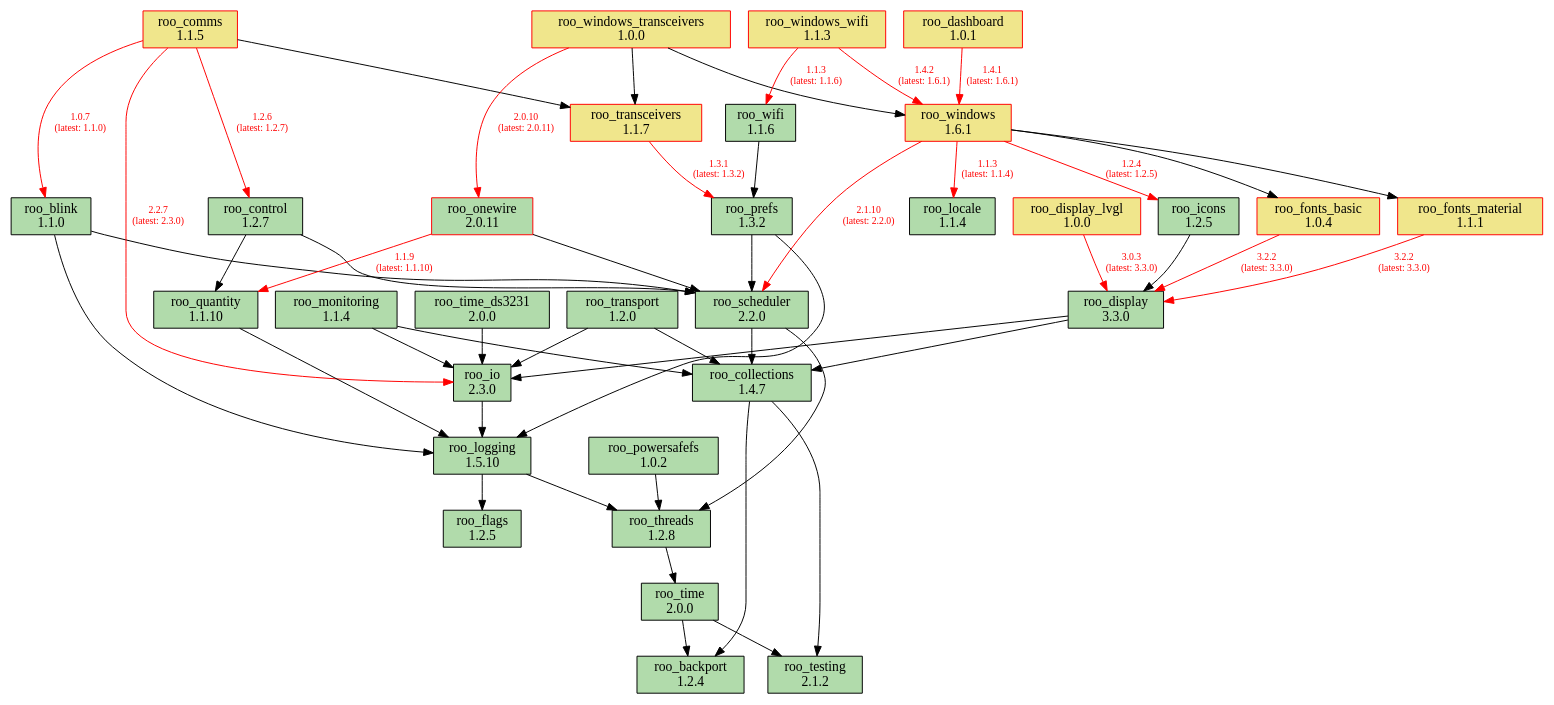
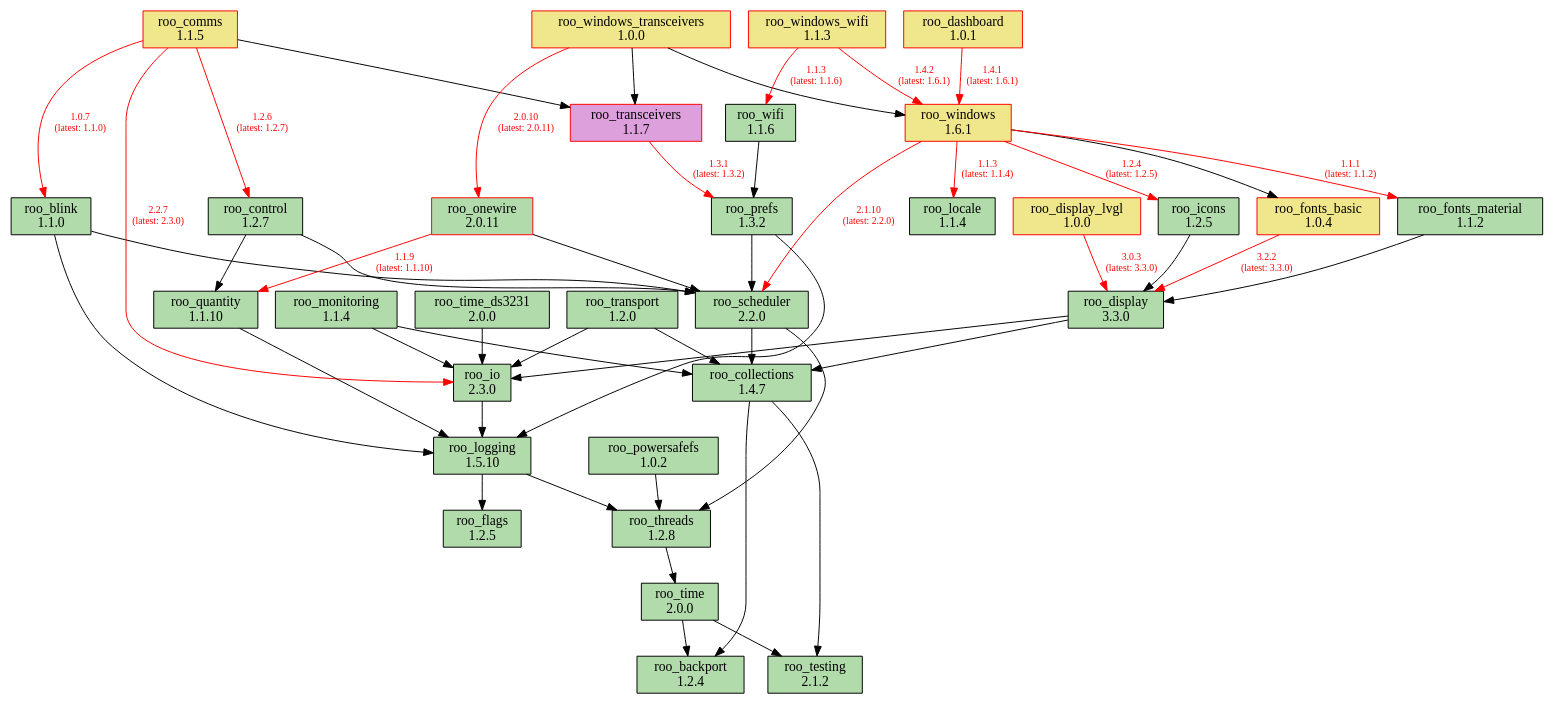
Before and after one commit to dejwk/roo-registry: the diagram in doc/dependencies.dot, drawn with Graphviz. The commit also changed 3 other files, not shown here.

Commit message:
Added roo_fonts_material 1.1.2 to the registry.

```diff
--- a/doc/dependencies.dot
+++ b/doc/dependencies.dot
@@ -1,88 +1,88 @@
 digraph dependencies {
     rankdir=TB;
     node [shape=box, style=filled];
     edge [fontsize=10];
 
     // Modules
     "roo_backport" [label="roo_backport\n1.2.4", fillcolor="#b1dbab", color="black"];
     "roo_blink" [label="roo_blink\n1.1.0", fillcolor="#b1dbab", color="black"];
     "roo_collections" [label="roo_collections\n1.4.7", fillcolor="#b1dbab", color="black"];
     "roo_comms" [label="roo_comms\n1.1.5", fillcolor="khaki", color="red"];
     "roo_control" [label="roo_control\n1.2.7", fillcolor="#b1dbab", color="black"];
     "roo_dashboard" [label="roo_dashboard\n1.0.1", fillcolor="khaki", color="red"];
     "roo_display" [label="roo_display\n3.3.0", fillcolor="#b1dbab", color="black"];
     "roo_display_lvgl" [label="roo_display_lvgl\n1.0.0", fillcolor="khaki", color="red"];
     "roo_flags" [label="roo_flags\n1.2.5", fillcolor="#b1dbab", color="black"];
     "roo_fonts_basic" [label="roo_fonts_basic\n1.0.4", fillcolor="khaki", color="red"];
-    "roo_fonts_material" [label="roo_fonts_material\n1.1.1", fillcolor="khaki", color="red"];
+    "roo_fonts_material" [label="roo_fonts_material\n1.1.2", fillcolor="#b1dbab", color="black"];
     "roo_icons" [label="roo_icons\n1.2.5", fillcolor="#b1dbab", color="black"];
     "roo_io" [label="roo_io\n2.3.0", fillcolor="#b1dbab", color="black"];
     "roo_locale" [label="roo_locale\n1.1.4", fillcolor="#b1dbab", color="black"];
     "roo_logging" [label="roo_logging\n1.5.10", fillcolor="#b1dbab", color="black"];
     "roo_monitoring" [label="roo_monitoring\n1.1.4", fillcolor="#b1dbab", color="black"];
     "roo_onewire" [label="roo_onewire\n2.0.11", fillcolor="#b1dbab", color="red"];
     "roo_powersafefs" [label="roo_powersafefs\n1.0.2", fillcolor="#b1dbab", color="black"];
     "roo_prefs" [label="roo_prefs\n1.3.2", fillcolor="#b1dbab", color="black"];
     "roo_quantity" [label="roo_quantity\n1.1.10", fillcolor="#b1dbab", color="black"];
     "roo_scheduler" [label="roo_scheduler\n2.2.0", fillcolor="#b1dbab", color="black"];
     "roo_testing" [label="roo_testing\n2.1.2", fillcolor="#b1dbab", color="black"];
     "roo_threads" [label="roo_threads\n1.2.8", fillcolor="#b1dbab", color="black"];
     "roo_time" [label="roo_time\n2.0.0", fillcolor="#b1dbab", color="black"];
     "roo_time_ds3231" [label="roo_time_ds3231\n2.0.0", fillcolor="#b1dbab", color="black"];
-    "roo_transceivers" [label="roo_transceivers\n1.1.7", fillcolor="khaki", color="red"];
+    "roo_transceivers" [label="roo_transceivers\n1.1.7", fillcolor="plum", color="red"];
     "roo_transport" [label="roo_transport\n1.2.0", fillcolor="#b1dbab", color="black"];
     "roo_wifi" [label="roo_wifi\n1.1.6", fillcolor="#b1dbab", color="black"];
     "roo_windows" [label="roo_windows\n1.6.1", fillcolor="khaki", color="red"];
     "roo_windows_transceivers" [label="roo_windows_transceivers\n1.0.0", fillcolor="khaki", color="red"];
     "roo_windows_wifi" [label="roo_windows_wifi\n1.1.3", fillcolor="khaki", color="red"];
 
     // Dependencies
     "roo_blink" -> "roo_logging";
     "roo_blink" -> "roo_scheduler";
     "roo_collections" -> "roo_testing";
     "roo_collections" -> "roo_backport";
     "roo_comms" -> "roo_blink" [color=red, fontcolor=red, label="1.0.7\n(latest: 1.1.0)"];
     "roo_comms" -> "roo_control" [color=red, fontcolor=red, label="1.2.6\n(latest: 1.2.7)"];
     "roo_comms" -> "roo_io" [color=red, fontcolor=red, label="2.2.7\n(latest: 2.3.0)"];
     "roo_comms" -> "roo_transceivers";
     "roo_control" -> "roo_quantity";
     "roo_control" -> "roo_scheduler";
     "roo_dashboard" -> "roo_windows" [color=red, fontcolor=red, label="1.4.1\n(latest: 1.6.1)"];
     "roo_display" -> "roo_collections";
     "roo_display" -> "roo_io";
     "roo_display_lvgl" -> "roo_display" [color=red, fontcolor=red, label="3.0.3\n(latest: 3.3.0)"];
     "roo_fonts_basic" -> "roo_display" [color=red, fontcolor=red, label="3.2.2\n(latest: 3.3.0)"];
-    "roo_fonts_material" -> "roo_display" [color=red, fontcolor=red, label="3.2.2\n(latest: 3.3.0)"];
+    "roo_fonts_material" -> "roo_display";
     "roo_icons" -> "roo_display";
     "roo_io" -> "roo_logging";
     "roo_logging" -> "roo_flags";
     "roo_logging" -> "roo_threads";
     "roo_monitoring" -> "roo_collections";
     "roo_monitoring" -> "roo_io";
     "roo_onewire" -> "roo_scheduler";
     "roo_onewire" -> "roo_quantity" [color=red, fontcolor=red, label="1.1.9\n(latest: 1.1.10)"];
     "roo_powersafefs" -> "roo_threads";
     "roo_prefs" -> "roo_logging";
     "roo_prefs" -> "roo_scheduler";
     "roo_quantity" -> "roo_logging";
     "roo_scheduler" -> "roo_collections";
     "roo_scheduler" -> "roo_threads";
     "roo_threads" -> "roo_time";
     "roo_time" -> "roo_testing";
     "roo_time" -> "roo_backport";
     "roo_time_ds3231" -> "roo_io";
     "roo_transceivers" -> "roo_prefs" [color=red, fontcolor=red, label="1.3.1\n(latest: 1.3.2)"];
     "roo_transport" -> "roo_collections";
     "roo_transport" -> "roo_io";
     "roo_wifi" -> "roo_prefs";
     "roo_windows" -> "roo_fonts_basic";
-    "roo_windows" -> "roo_fonts_material";
+    "roo_windows" -> "roo_fonts_material" [color=red, fontcolor=red, label="1.1.1\n(latest: 1.1.2)"];
     "roo_windows" -> "roo_locale" [color=red, fontcolor=red, label="1.1.3\n(latest: 1.1.4)"];
     "roo_windows" -> "roo_icons" [color=red, fontcolor=red, label="1.2.4\n(latest: 1.2.5)"];
     "roo_windows" -> "roo_scheduler" [color=red, fontcolor=red, label="2.1.10\n(latest: 2.2.0)"];
     "roo_windows_transceivers" -> "roo_onewire" [color=red, fontcolor=red, label="2.0.10\n(latest: 2.0.11)"];
     "roo_windows_transceivers" -> "roo_transceivers";
     "roo_windows_transceivers" -> "roo_windows";
     "roo_windows_wifi" -> "roo_wifi" [color=red, fontcolor=red, label="1.1.3\n(latest: 1.1.6)"];
     "roo_windows_wifi" -> "roo_windows" [color=red, fontcolor=red, label="1.4.2\n(latest: 1.6.1)"];
 }
```
